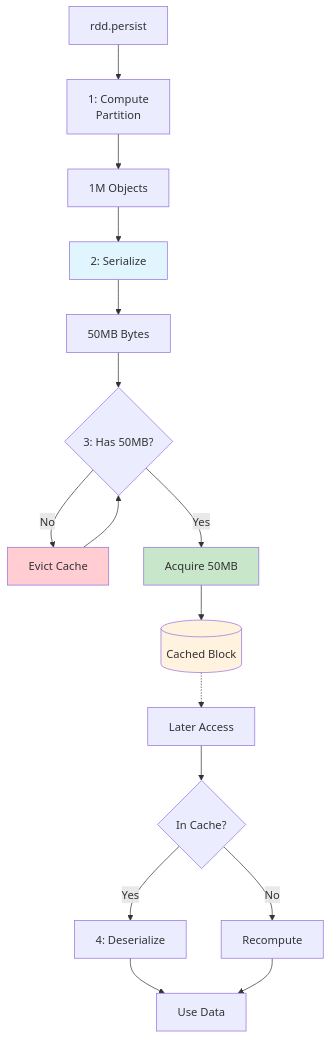
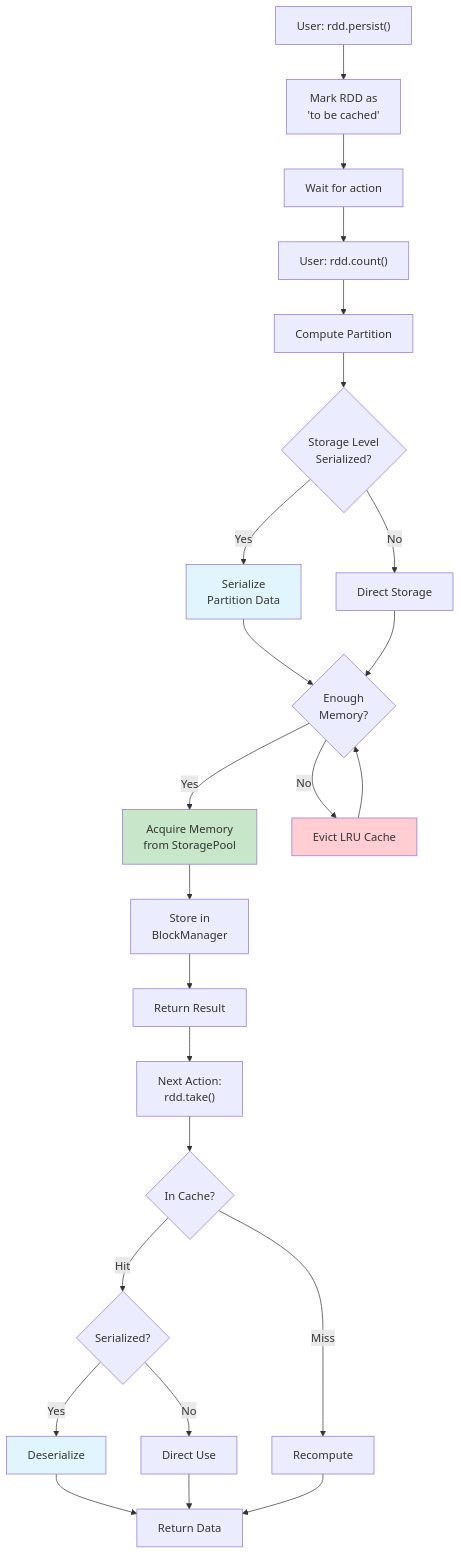
One commit to Anmol33/SystemDesign changed diagram 15 of 17 in Batch Processing/spark_internals/04_spark_memory_and_serialization.md. Above: the diagram before and after it, drawn with Mermaid. The commit also changed other lines of this file, not shown here.

First line of the commit message:
Enhance RDD Caching section with comprehensive trade-off analysis

````diff
--- a/Batch Processing/spark_internals/04_spark_memory_and_serialization.md
+++ b/Batch Processing/spark_internals/04_spark_memory_and_serialization.md
@@ -896,32 +1095,44 @@
 ```mermaid
 graph TB
-    Start[rdd.persist]
+    Start["User: rdd.persist()"]
     
-    Start --> C1[1: Compute<br/>Partition]
-    C1 --> Obj[1M Objects]
+    Start --> Mark["Mark RDD as<br/>'to be cached'"]
+    Mark --> Wait["Wait for action"]
     
-    Obj --> C2[2: Serialize]
-    C2 --> Bytes[50MB Bytes]
+    Wait --> Action["User: rdd.count()"]
+    Action --> Compute["Compute Partition"]
     
-    Bytes --> C3{3: Has 50MB?}
+    Compute --> CheckSer{"Storage Level<br/>Serialized?"}
     
-    C3 -->|No| Evict[Evict Cache]
-    Evict --> C3
+    CheckSer -->|Yes| Ser["Serialize<br/>Partition Data"]
+    CheckSer -->|No| DirectStore["Direct Storage"]
     
-    C3 -->|Yes| Store[Acquire 50MB]
-    Store --> Cache[(Cached Block)]
+    Ser --> TryMem{"Enough<br/>Memory?"}
     
-    Cache -.-> Access[Later Access]
-    Access --> Check{In Cache?}
+    TryMem -->|Yes| Acquire["Acquire Memory<br/>from StoragePool"]
+    TryMem -->|No| Evict["Evict LRU Cache"]
     
-    Check -->|Yes| C4[4: Deserialize]
-    Check -->|No| Recomp[Recompute]
+    Evict --> TryMem
+    DirectStore --> TryMem
     
-    C4 --> Use[Use Data]
-    Recomp --> Use
+    Acquire --> Store["Store in<br/>BlockManager"]
+    Store --> Done["Return Result"]
     
-    style C2 fill:#e1f5fe
-    style Store fill:#c8e6c9
+    Done --> NextAction["Next Action:<br/>rdd.take()"]
+    NextAction --> CheckCache{"In Cache?"}
+    
+    CheckCache -->|Hit| CheckSer2{"Serialized?"}
+    CheckCache -->|Miss| Recompute["Recompute"]
+    
+    CheckSer2 -->|Yes| Deser["Deserialize"]
+    CheckSer2 -->|No| DirectUse["Direct Use"]
+    
+    Deser --> Use["Return Data"]
+    DirectUse --> Use
+    Recompute --> Use
+    
+    style Ser fill:#e1f5fe
+    style Deser fill:#e1f5fe
+    style Acquire fill:#c8e6c9
     style Evict fill:#ffcdd2
-    style Cache fill:#fff3e0
 ```
````
